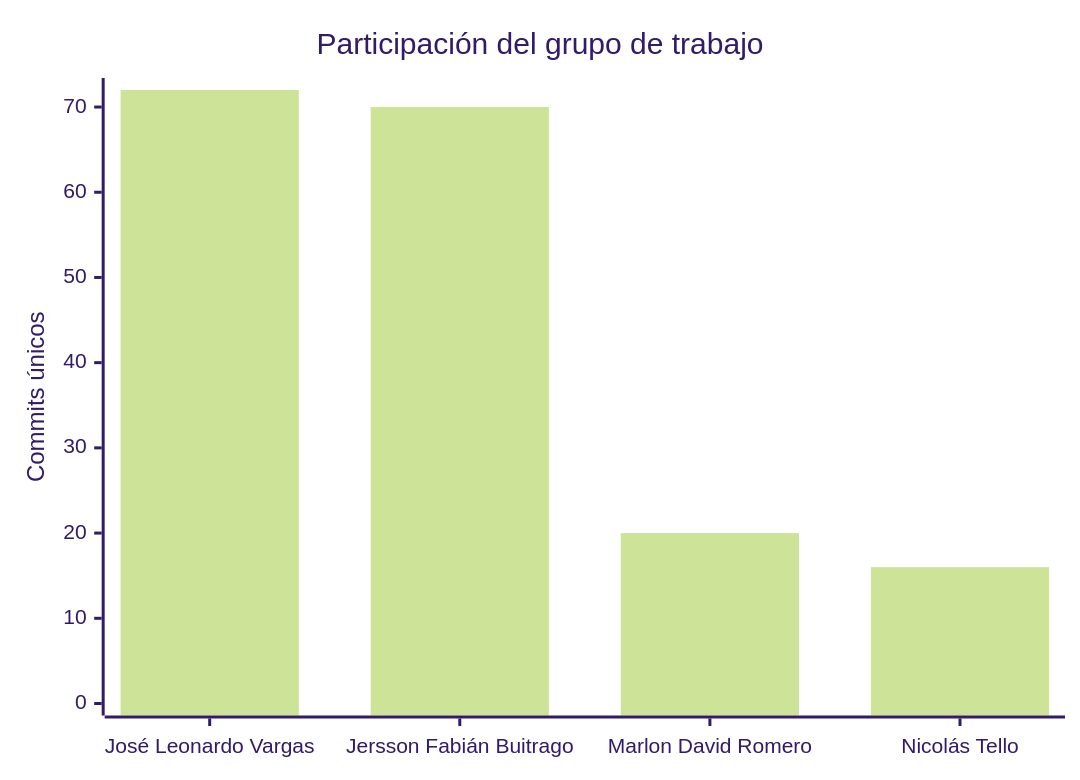
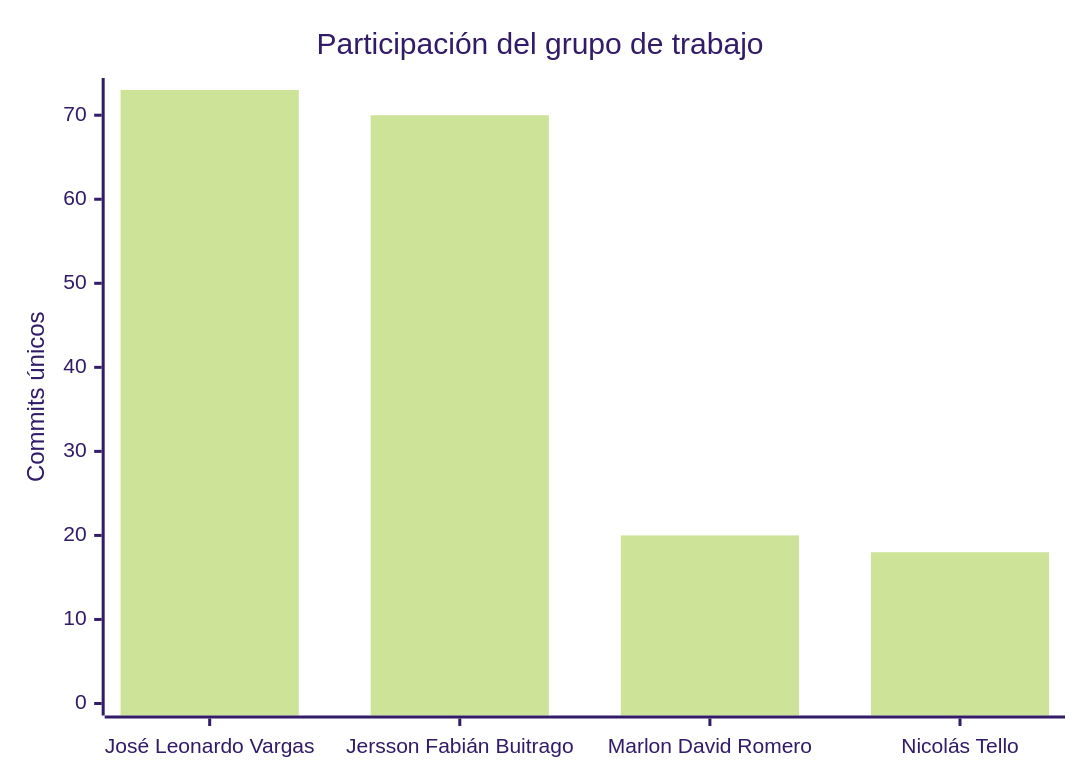
The second of 2 diagrams in README.md (FarmaExpres/FarmaExpres), drawn with Mermaid (forest theme) before and after one commit. The commit also changed other lines of this file and 1 other file, not shown here.

````diff
--- a/README.md
+++ b/README.md
@@ -326,7 +326,7 @@
 ```mermaid
 xychart-beta
     title "Participación del grupo de trabajo"
     x-axis ["José Leonardo Vargas", "Jersson Fabián Buitrago", "Marlon David Romero", "Nicolás Tello"]
-    y-axis "Commits únicos" 0 --> 72
-    bar [72, 70, 20, 16]
+    y-axis "Commits únicos" 0 --> 73
+    bar [73, 70, 20, 18]
 ```
````
